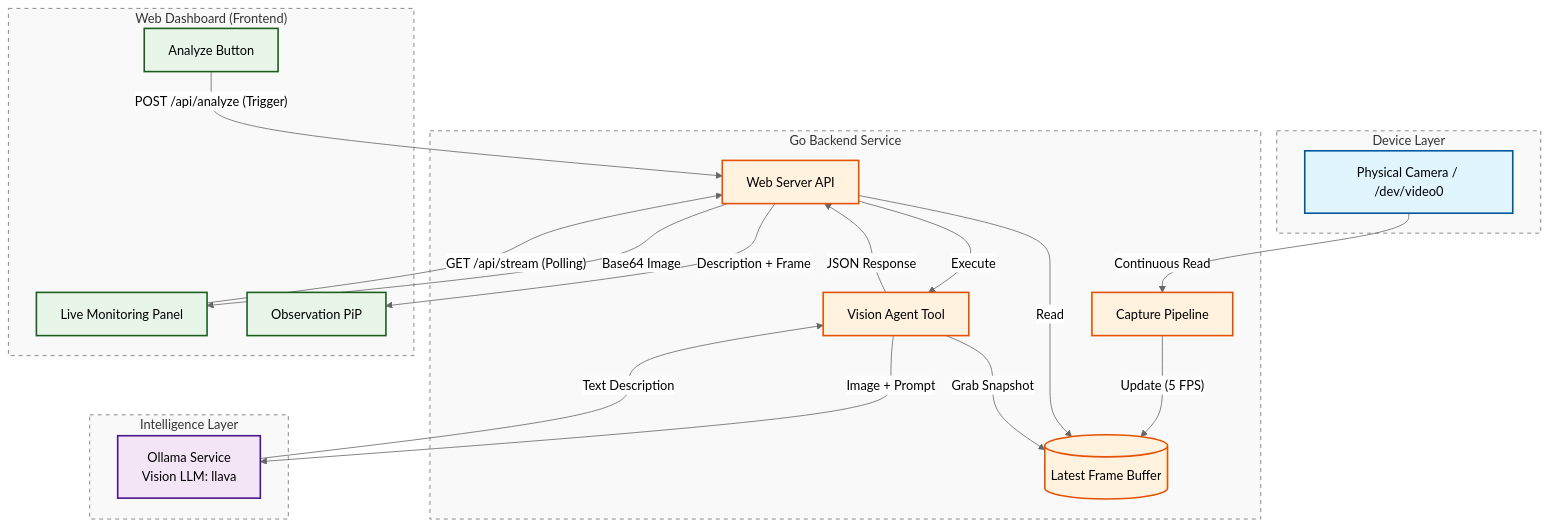
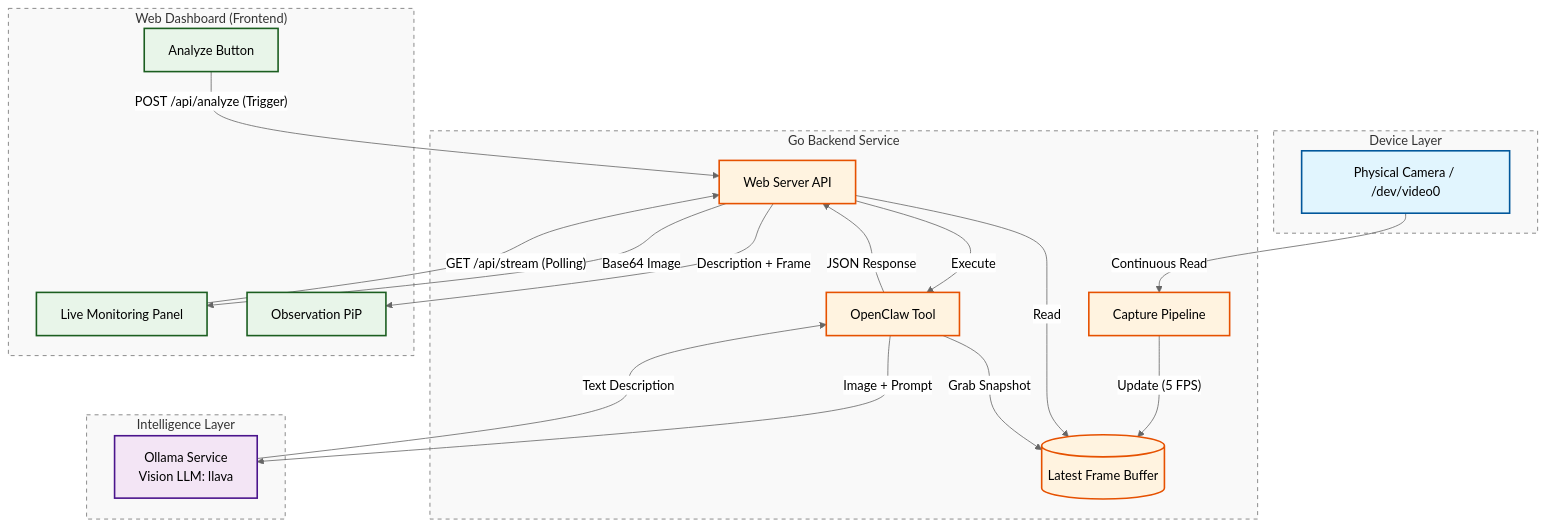
The diagram in architecture.md (Faiisu/local-autonomous-ai-setup), drawn with Mermaid (neutral theme) before and after one commit. The commit also changed 12 other files, not shown here.

````diff
--- a/architecture.md
+++ b/architecture.md
@@ -3,56 +3,56 @@
 ```mermaid
 graph TD
     %% Global Styling
     classDef hardware fill:#e1f5fe,stroke:#01579b,stroke-width:2px;
     classDef backend fill:#fff3e0,stroke:#e65100,stroke-width:2px;
     classDef external fill:#f3e5f5,stroke:#4a148c,stroke-width:2px;
     classDef frontend fill:#e8f5e9,stroke:#1b5e20,stroke-width:2px;
 
     %% Hardware Layer
     subgraph Hardware ["Device Layer"]
         CAM[Physical Camera / /dev/video0]:::hardware
     end
 
     %% Backend Layer
     subgraph Backend ["Go Backend Service"]
         PIPELINE[Capture Pipeline]:::backend
         BUFFER[(Latest Frame Buffer)]:::backend
         API[Web Server API]:::backend
-        TOOL[Vision Agent Tool]:::backend
+        TOOL[OpenClaw Tool]:::backend
         
         CAM -- "Continuous Read" --> PIPELINE
         PIPELINE -- "Update (5 FPS)" --> BUFFER
     end
 
     %% External Intelligence
     subgraph AI ["Intelligence Layer"]
         OLLAMA[Ollama Service<br/>Vision LLM: llava]:::external
     end
 
     %% Frontend Layer
     subgraph UI ["Web Dashboard (Frontend)"]
         LIVE[Live Monitoring Panel]:::frontend
         PIP[Observation PiP]:::frontend
         BTN[Analyze Button]:::frontend
     end
 
     %% Connections - Live Streaming
     LIVE -- "GET /api/stream (Polling)" --> API
     API -- "Read" --> BUFFER
     API -- "Base64 Image" --> LIVE
 
     %% Connections - Analysis
     BTN -- "POST /api/analyze (Trigger)" --> API
     API -- "Execute" --> TOOL
     TOOL -- "Grab Snapshot" --> BUFFER
     TOOL -- "Image + Prompt" --> OLLAMA
     OLLAMA -- "Text Description" --> TOOL
     TOOL -- "JSON Response" --> API
     API -- "Description + Frame" --> PIP
 
     %% Legend/Flow Labels
     style Hardware fill:#f9f9f9,stroke-dasharray: 5 5
     style Backend fill:#f9f9f9,stroke-dasharray: 5 5
     style AI fill:#f9f9f9,stroke-dasharray: 5 5
     style UI fill:#f9f9f9,stroke-dasharray: 5 5
 ```
````
